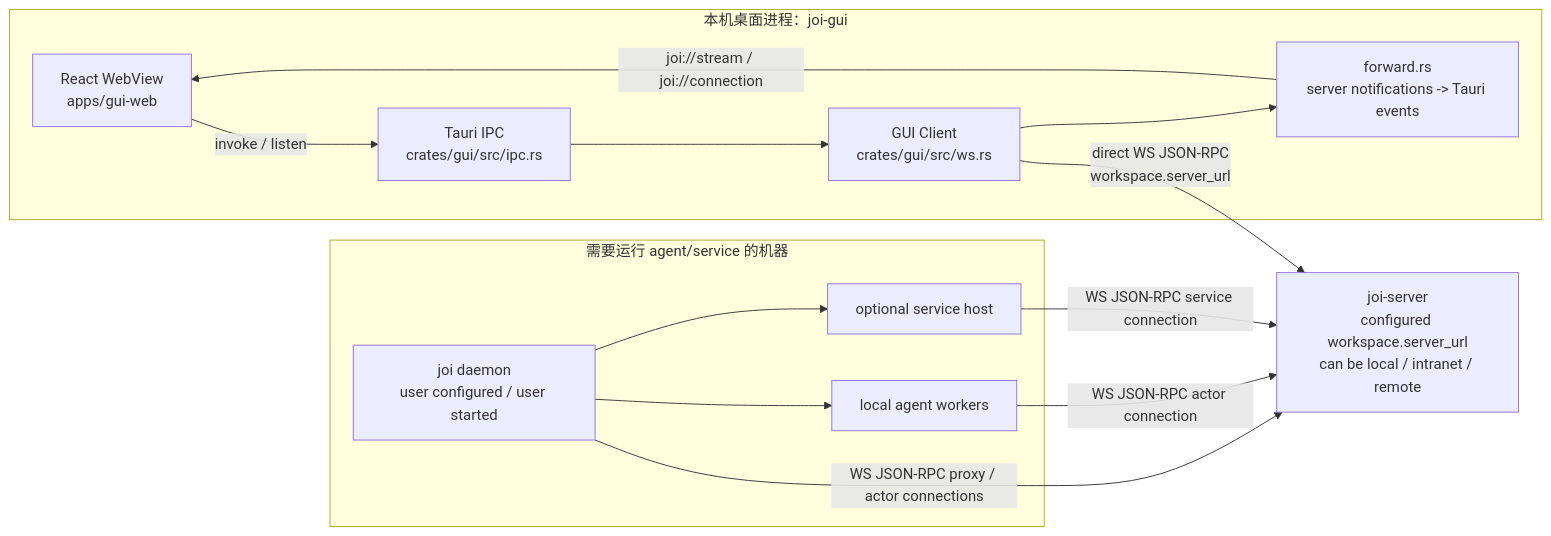
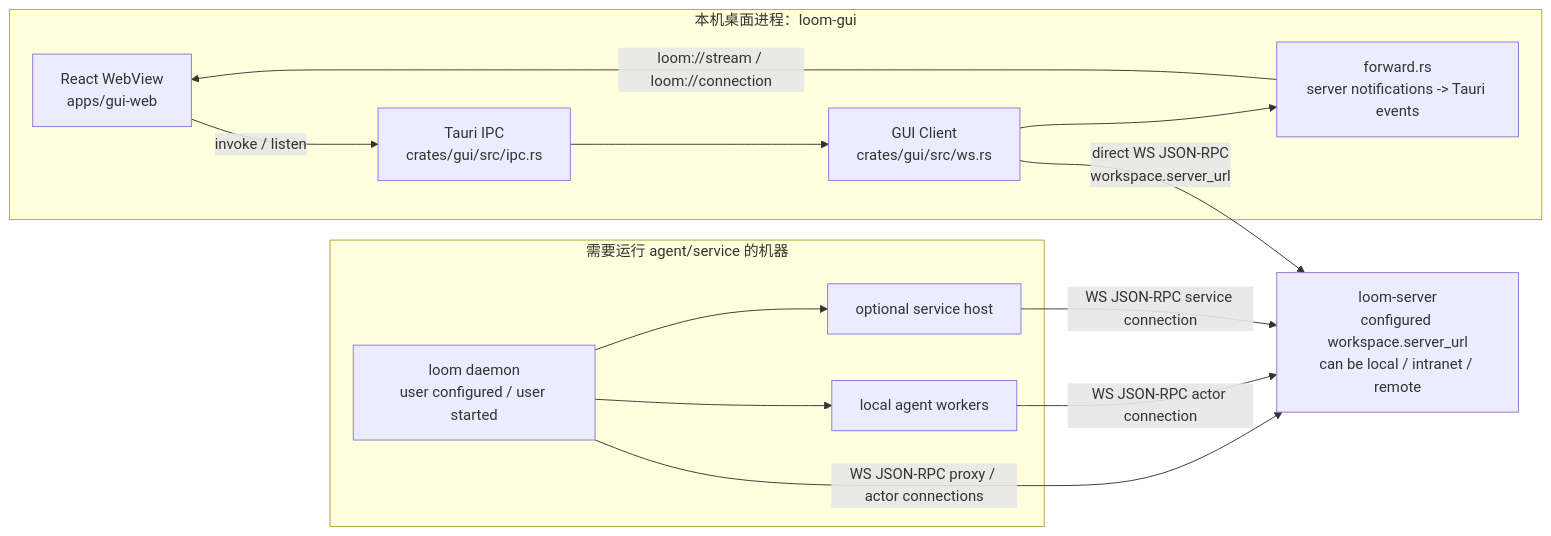
Before and after one commit to wyw-ai/loom: the diagram in docs/gui-desktop-design.md, drawn with Mermaid. The commit also changed other lines of this file and 175 other files, not shown here.

````diff
--- a/docs/gui-desktop-design.md
+++ b/docs/gui-desktop-design.md
@@ -28,29 +28,29 @@
 ```mermaid
 flowchart LR
-    subgraph Desktop["本机桌面进程：joi-gui"]
+    subgraph Desktop["本机桌面进程：loom-gui"]
         Web["React WebView<br/>apps/gui-web"]
         IPC["Tauri IPC<br/>crates/gui/src/ipc.rs"]
         Client["GUI Client<br/>crates/gui/src/ws.rs"]
         Forward["forward.rs<br/>server notifications -> Tauri events"]
 
         Web -- "invoke / listen" --> IPC
         IPC --> Client
         Client --> Forward
-        Forward -- "joi://stream / joi://connection" --> Web
+        Forward -- "loom://stream / loom://connection" --> Web
     end
 
     subgraph MachineHost["需要运行 agent/service 的机器"]
-        Daemon["joi daemon<br/>user configured / user started"]
+        Daemon["loom daemon<br/>user configured / user started"]
         Agent["local agent workers"]
         Service["optional service host"]
         Daemon --> Agent
         Daemon --> Service
     end
 
-    Server["joi-server<br/>configured workspace.server_url<br/>can be local / intranet / remote"]
+    Server["loom-server<br/>configured workspace.server_url<br/>can be local / intranet / remote"]
 
     Client -- "direct WS JSON-RPC<br/>workspace.server_url" --> Server
     Daemon -- "WS JSON-RPC proxy / actor connections" --> Server
     Agent -- "WS JSON-RPC actor connection" --> Server
     Service -- "WS JSON-RPC service connection" --> Server
 ```
````
